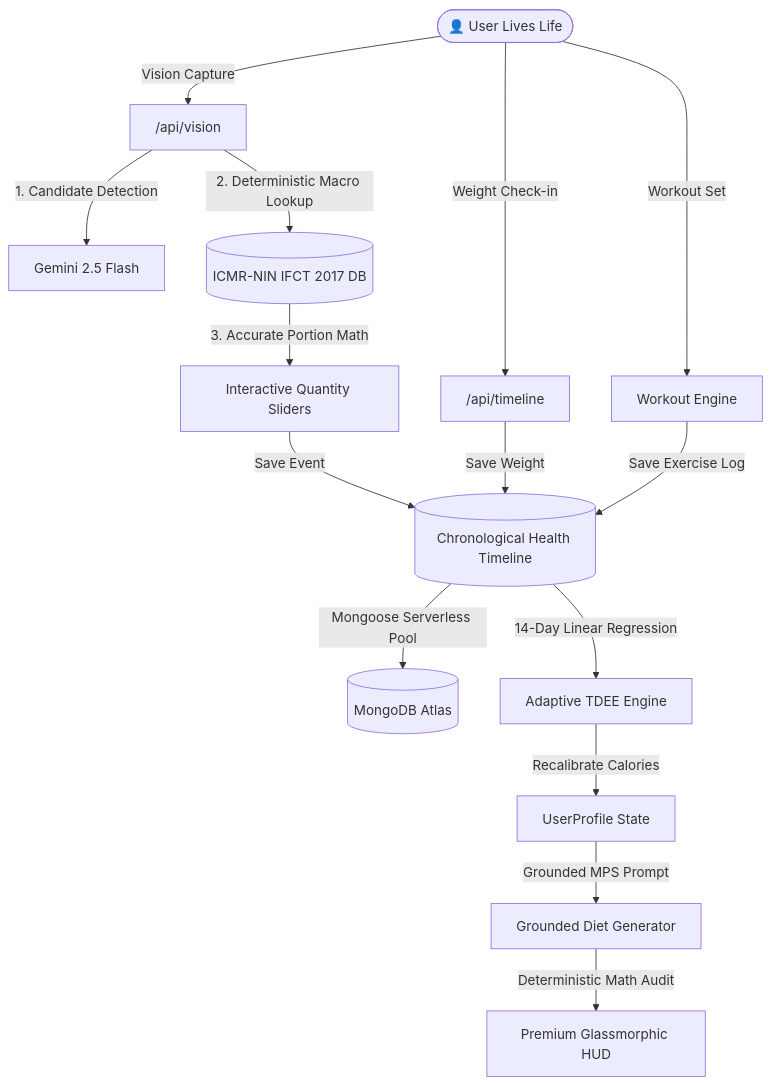
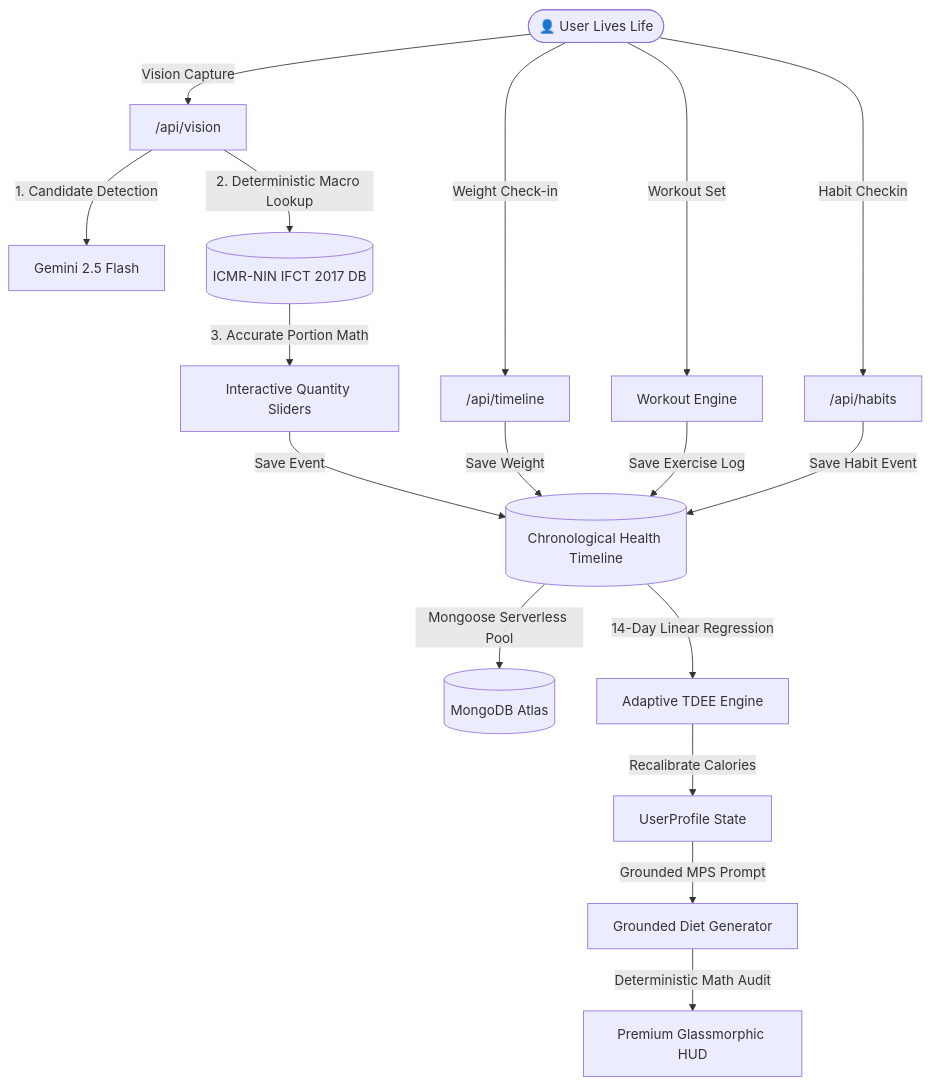
One commit to AdityaThakur193/HealthOs changed the diagram in README.md. Above: the diagram before and after it, drawn with Mermaid. The commit also changed other lines of this file and 10 other files, not shown here.

````diff
--- a/README.md
+++ b/README.md
@@ -29,24 +41,26 @@
 ```mermaid
 graph TD
     %% User Action Layer
     User([👤 User Lives Life]) -->|Vision Capture| VisionAPI["/api/vision"]
     User -->|Weight Check-in| TimelineAPI["/api/timeline"]
     User -->|Workout Set| WorkoutEngine["Workout Engine"]
+    User -->|Habit Checkin| HabitsAPI["/api/habits"]
 
     %% Vision Pipeline
     VisionAPI -->|1. Candidate Detection| GeminiVision["Gemini 2.5 Flash"]
     VisionAPI -->|2. Deterministic Macro Lookup| IFCTDB[("ICMR-NIN IFCT 2017 DB")]
     IFCTDB -->|3. Accurate Portion Math| QuantityUI["Interactive Quantity Sliders"]
 
     %% Timeline & Database Layer
     QuantityUI -->|Save Event| HealthTimeline[("Chronological Health Timeline")]
     TimelineAPI -->|Save Weight| HealthTimeline
     WorkoutEngine -->|Save Exercise Log| HealthTimeline
+    HabitsAPI -->|Save Habit Event| HealthTimeline
     HealthTimeline -->|Mongoose Serverless Pool| MongoDB[("MongoDB Atlas")]
 
     %% Adaptive Decision Engine
     HealthTimeline -->|14-Day Linear Regression| AdaptiveTDEE["Adaptive TDEE Engine"]
     AdaptiveTDEE -->|Recalibrate Calories| ProfileState["UserProfile State"]
     ProfileState -->|Grounded MPS Prompt| DietEngine["Grounded Diet Generator"]
     DietEngine -->|Deterministic Math Audit| HUDDashboard["Premium Glassmorphic HUD"]
 ```
````
